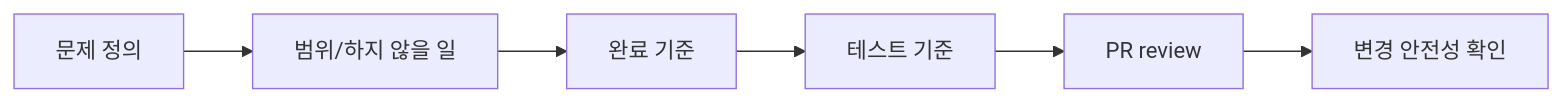
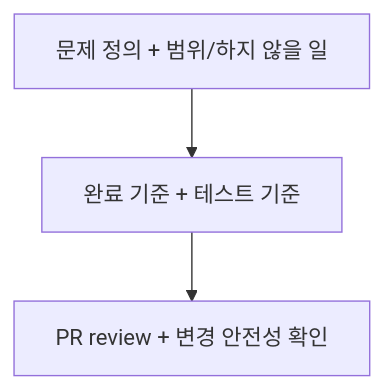
One commit to zmrdltl/portfolio changed the fourth of 4 diagrams in docs/experience/cluml.md. Above: the diagram before and after it, drawn with Mermaid. The commit also changed 7 other files, not shown here.

Commit message:
docs: refine representative work diagrams

````diff
--- a/docs/experience/cluml.md
+++ b/docs/experience/cluml.md
@@ -101,15 +101,9 @@
 ```mermaid
-flowchart LR
-  issue["문제 정의"]
-  scope["범위/하지 않을 일"]
-  criteria["완료 기준"]
-  tests["테스트 기준"]
-  review["PR review"]
-  safety["변경 안전성 확인"]
+flowchart TD
+  issue["문제 정의 + 범위/하지 않을 일"]
+  criteria["완료 기준 + 테스트 기준"]
+  review["PR review + 변경 안전성 확인"]
 
-  issue --> scope
-  scope --> criteria
-  criteria --> tests
-  tests --> review
-  review --> safety
+  issue --> criteria
+  criteria --> review
 ```
````
